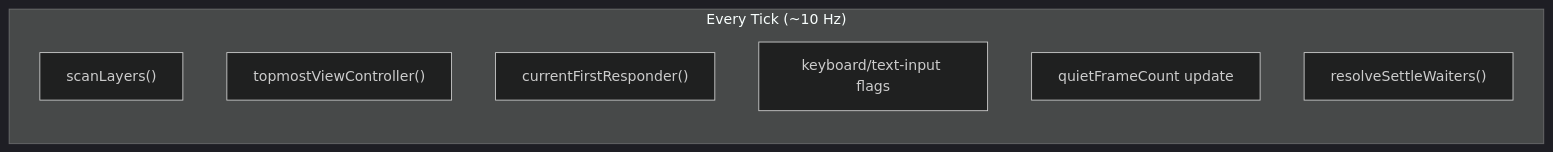
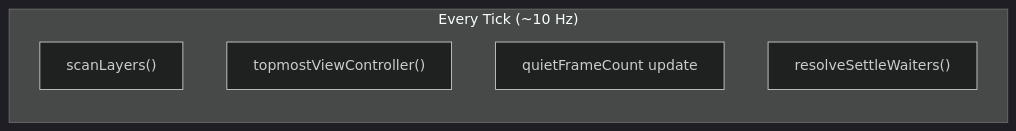
One commit to RoyalPineapple/TheButtonHeist changed the second of 6 diagrams in docs/dossiers/15-THETRIPWIRE.md. Above: the diagram before and after it, drawn with Mermaid (dark theme). The commit also changed other lines of this file and 24 other files, not shown here.

````diff
--- a/docs/dossiers/15-THETRIPWIRE.md
+++ b/docs/dossiers/15-THETRIPWIRE.md
@@ -126,11 +115,9 @@
 ```mermaid
 flowchart LR
     subgraph EveryTick["Every Tick (~10 Hz)"]
         SL["scanLayers()"]
         VC["topmostViewController()"]
-        FR["currentFirstResponder()"]
-        KB["keyboard/text-input flags"]
         QF["quietFrameCount update"]
         SW["resolveSettleWaiters()"]
     end
 ```
````
